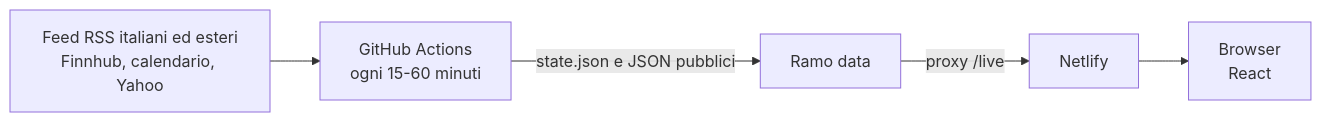
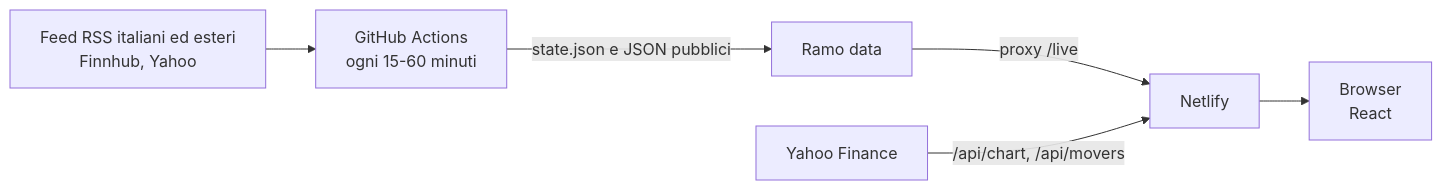
Before and after one commit to xxAnDrY/ClearMarket: the diagram in docs/ARCHITECTURE.md, drawn with Mermaid. The commit also changed other lines of this file and 46 other files, not shown here.

````diff
--- a/docs/ARCHITECTURE.md
+++ b/docs/ARCHITECTURE.md
@@ -3,7 +3,8 @@
 ```mermaid
 flowchart LR
-  F[Feed RSS italiani ed esteri<br/>Finnhub, calendario, Yahoo] --> J[GitHub Actions<br/>ogni 15-60 minuti]
+  F[Feed RSS italiani ed esteri<br/>Finnhub, Yahoo] --> J[GitHub Actions<br/>ogni 15-60 minuti]
   J -->|state.json e JSON pubblici| D[Ramo data]
   D -->|proxy /live| N[Netlify]
+  Y[Yahoo Finance] -->|/api/chart, /api/movers| N
   N --> B[Browser<br/>React]
 ```
````
